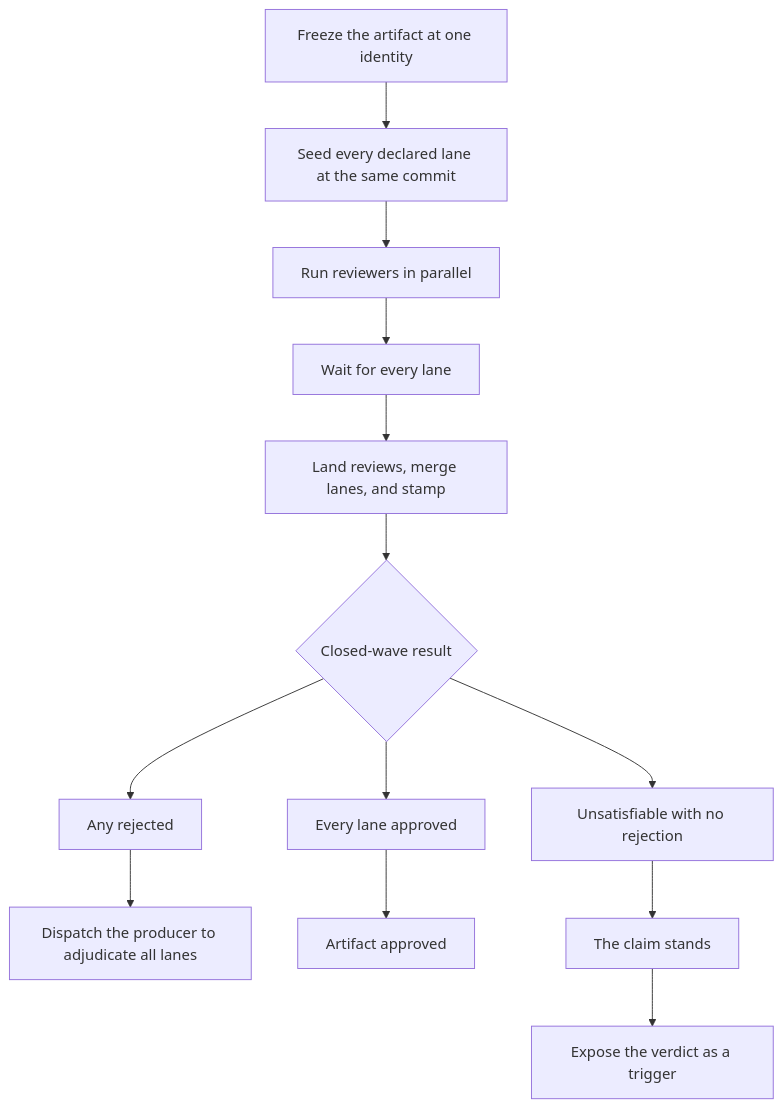
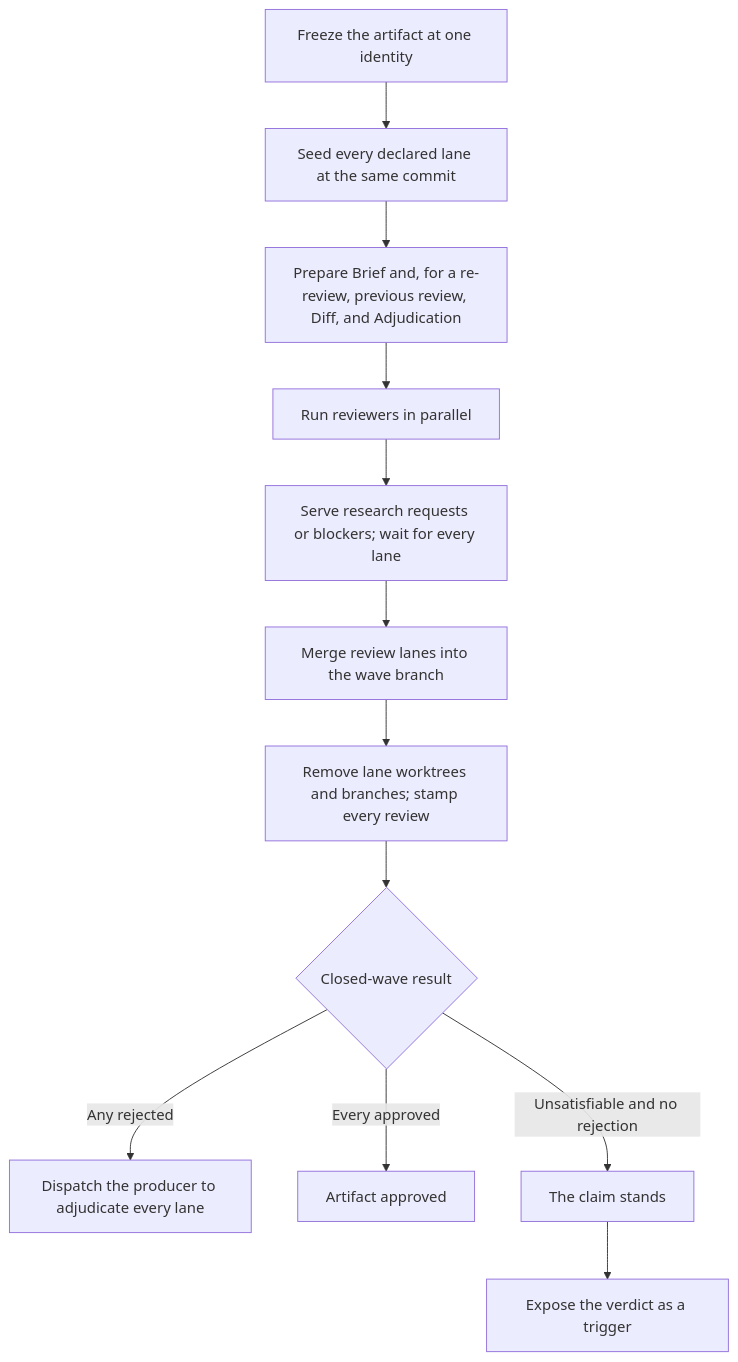
Before and after one commit to Automattic/radical-pipelines: the diagram in docs/flowcharts/review-wave.md, drawn with Mermaid. The commit also changed 7 other files, not shown here.

Commit message:
Synchronize orchestration flowcharts

````diff
--- a/docs/flowcharts/review-wave.md
+++ b/docs/flowcharts/review-wave.md
@@ -5,15 +5,14 @@
 ```mermaid
 flowchart TD
     A["Freeze the artifact at one identity"] --> B["Seed every declared lane at the same commit"]
-    B --> C["Run reviewers in parallel"]
-    C --> D["Wait for every lane"]
-    D --> E["Land reviews, merge lanes, and stamp"]
-    E --> F{"Closed-wave result"}
-    F --> G["Any rejected"]
-    F --> H["Every lane approved"]
-    F --> I["Unsatisfiable with no rejection"]
-    G --> J["Dispatch the producer to adjudicate all lanes"]
-    H --> K["Artifact approved"]
-    I --> L["The claim stands"]
-    L --> M["Expose the verdict as a trigger"]
+    B --> C["Prepare Brief and, for a re-review, previous review, Diff, and Adjudication"]
+    C --> D["Run reviewers in parallel"]
+    D --> E["Serve research requests or blockers; wait for every lane"]
+    E --> L["Merge review lanes into the wave branch"]
+    L --> M["Remove lane worktrees and branches; stamp every review"]
+    M --> F{"Closed-wave result"}
+    F -->|Any rejected| G["Dispatch the producer to adjudicate every lane"]
+    F -->|Every approved| H["Artifact approved"]
+    F -->|Unsatisfiable and no rejection| I["The claim stands"]
+    I --> J["Expose the verdict as a trigger"]
 ```
````
